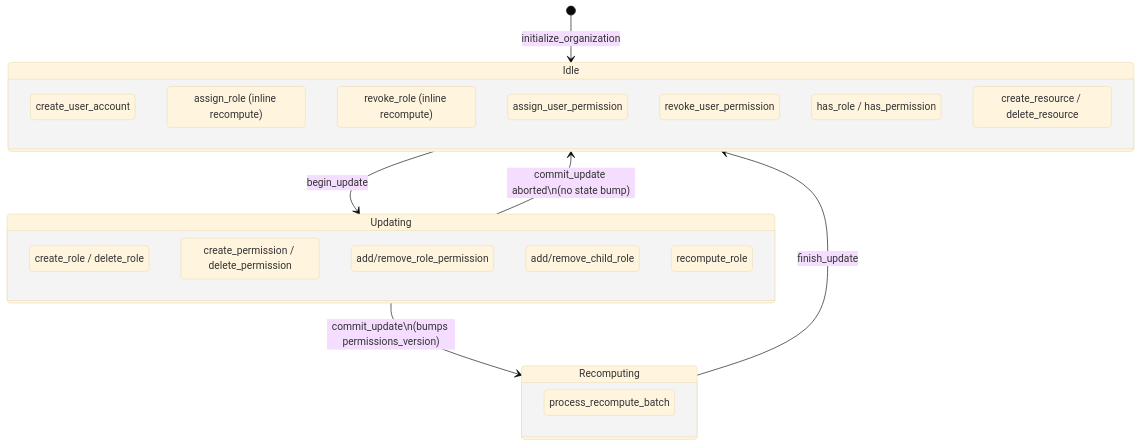
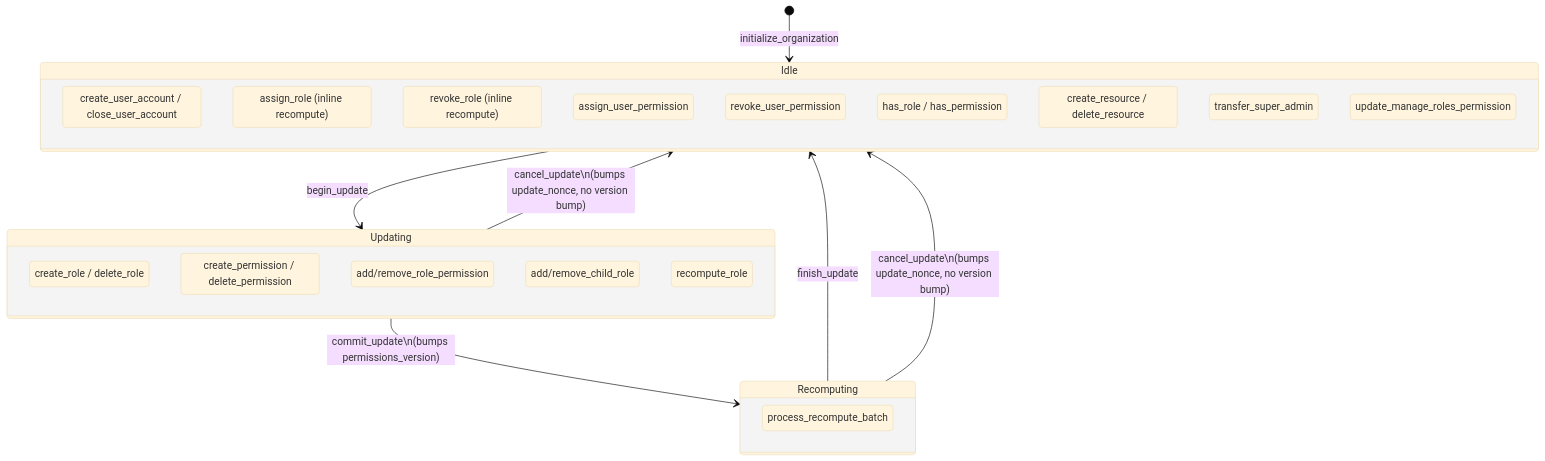
The sixth of 25 diagrams in docs/architecture.md (Vadimus1983/Solana-rbac), drawn with Mermaid (base theme) before and after one commit. The commit also changed other lines of this file and 1 other file, not shown here.

````diff
--- a/docs/architecture.md
+++ b/docs/architecture.md
@@ -358,34 +373,37 @@
 ```mermaid
 stateDiagram-v2
     [*] --> Idle : initialize_organization
 
     Idle --> Updating : begin_update
-    Updating --> Idle : commit_update aborted\n(no state bump)
     Updating --> Recomputing : commit_update\n(bumps permissions_version)
+    Updating --> Idle : cancel_update\n(bumps update_nonce, no version bump)
     Recomputing --> Idle : finish_update
+    Recomputing --> Idle : cancel_update\n(bumps update_nonce, no version bump)
 
     state Idle {
         direction TB
-        i1: create_user_account
+        i1: create_user_account / close_user_account
         i2: assign_role (inline recompute)
         i3: revoke_role (inline recompute)
         i4: assign_user_permission
         i5: revoke_user_permission
         i6: has_role / has_permission
         i7: create_resource / delete_resource
+        i8: transfer_super_admin
+        i9: update_manage_roles_permission
     }
 
     state Updating {
         direction TB
         u1: create_role / delete_role
         u2: create_permission / delete_permission
         u3: add/remove_role_permission
         u4: add/remove_child_role
         u5: recompute_role
     }
 
     state Recomputing {
         direction TB
         r1: process_recompute_batch
     }
 ```
````
